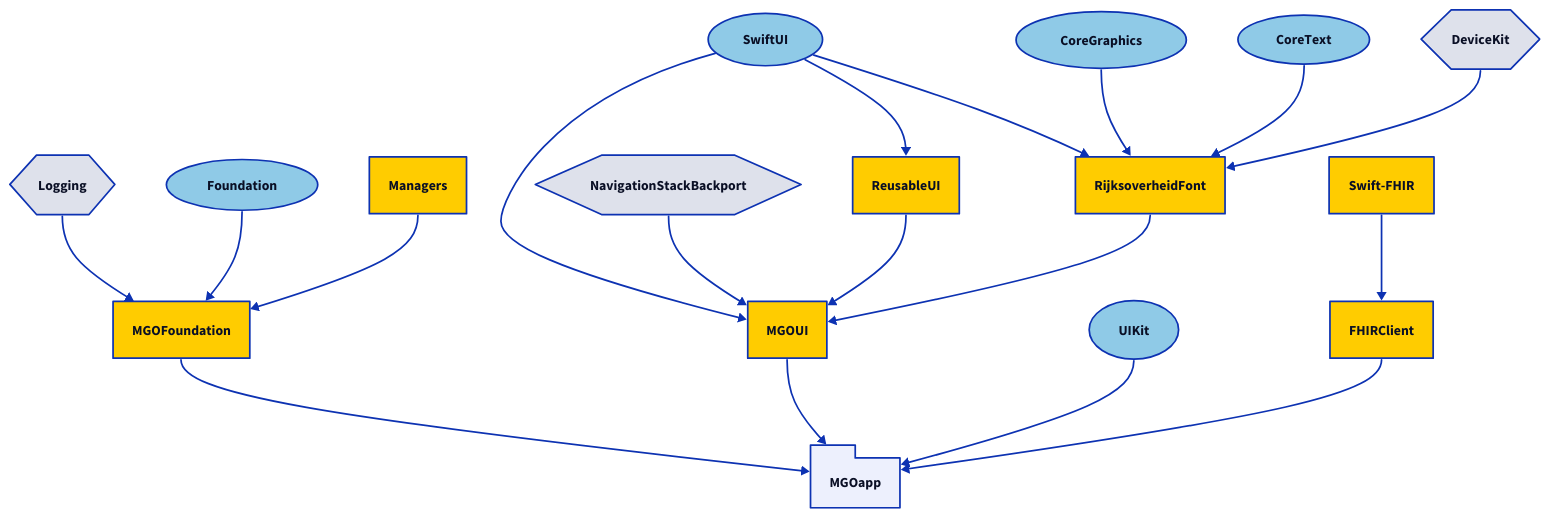
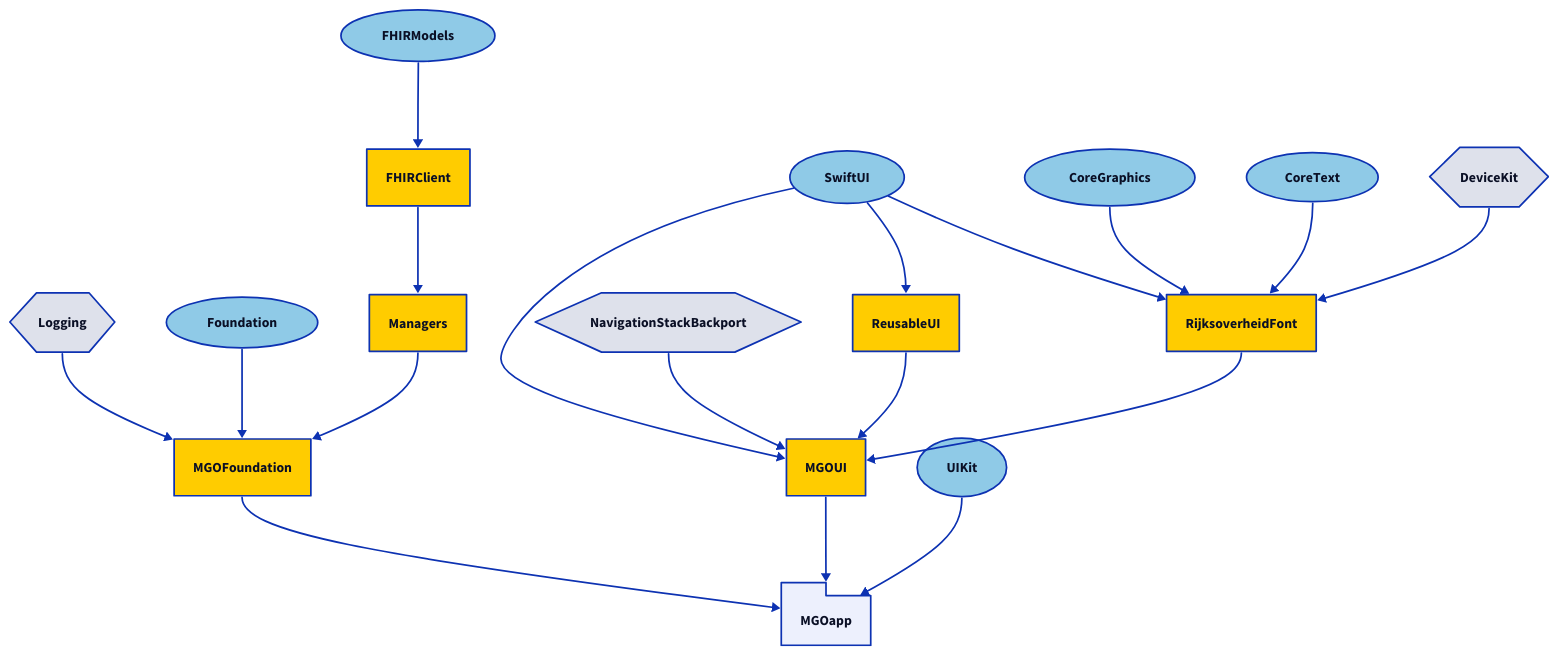
One commit to minvws/nl-mgo-app-ios changed the diagram in Diagrams/packages-withouttests.d2. Above: the diagram before and after it, drawn with D2. The commit also changed 31 other files, not shown here.

Commit message:
feat: refactored Swift-FHIR to Apple/FHIRModules.

```diff
--- a/Diagrams/packages-withouttests.d2
+++ b/Diagrams/packages-withouttests.d2
@@ -1,74 +1,76 @@
 direction: down
 
 # Apple
 UIKit: {
   shape: oval
   style.fill: "#8FCAE7"
 }
 SwiftUI: {
   shape: oval
   style.fill: "#8FCAE7"
 }
 Foundation: {
   shape: oval
   style.fill: "#8FCAE7"
 }
 CoreGraphics: {
   shape: oval
   style.fill: "#8FCAE7"
 }
 CoreText: {
+  shape: oval
+  style.fill: "#8FCAE7"
+}
+FHIRModels: {
   shape: oval
   style.fill: "#8FCAE7"
 }
 
 # Third-Party
 NavigationStackBackport: {
   shape: hexagon
 }
 Logging: {
   shape: hexagon
 }
 DeviceKit: {
   shape: hexagon
 }
 
 # The application
 
 MGOapp: {
   shape: package
 }
 
 MGOapp <- MGOFoundation
 MGOapp <- MGOUI
 MGOapp <- UIKit
-MGOapp <- FHIRClient
 
 # - Packages -
 
 MGOFoundation { style.fill: "#ffcc00" }
 MGOFoundation <- Logging
 MGOFoundation <- Foundation
 MGOFoundation <- Managers
 
 MGOUI { style.fill: "#ffcc00" }
 MGOUI <- SwiftUI
 MGOUI <- NavigationStackBackport
 MGOUI <- ReusableUI
 MGOUI <- RijksoverheidFont
 
 Managers { style.fill: "#ffcc00" }
+Managers <- FHIRClient
 
 RijksoverheidFont { style.fill: "#ffcc00" }
 RijksoverheidFont <- SwiftUI
 RijksoverheidFont <- CoreGraphics
 RijksoverheidFont <- CoreText
 RijksoverheidFont <- DeviceKit
 
 ReusableUI { style.fill: "#ffcc00" }
 ReusableUI <- SwiftUI
 
 FHIRClient { style.fill: "#ffcc00" }
-FHIRClient <- Swift-FHIR
-
-Swift-FHIR { style.fill: "#ffcc00" }
+FHIRClient <- FHIRModels
```
